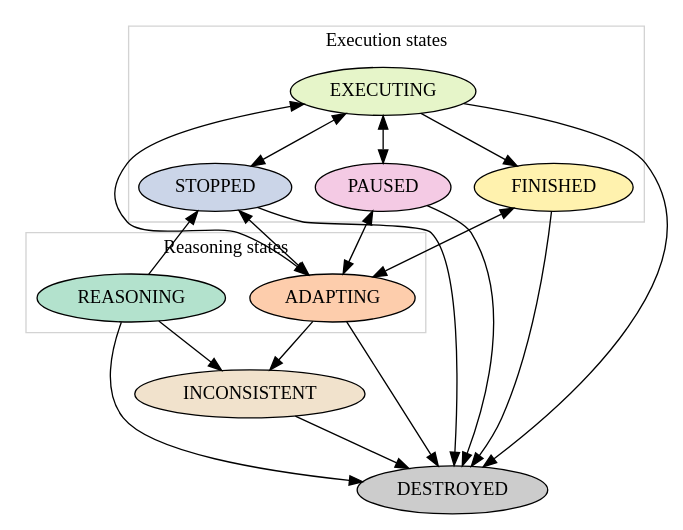
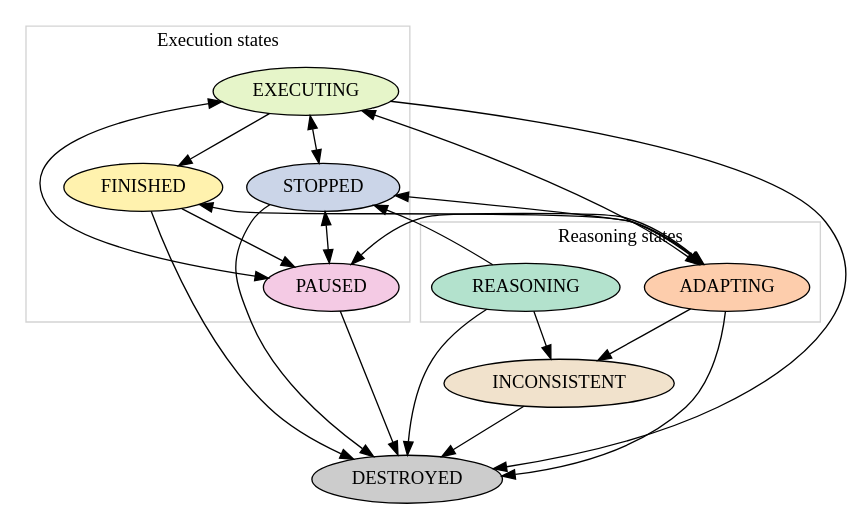
The diagram in msg/DeliberativeState.dot (ratioSolver/AerialS), drawn with Graphviz before and after one commit. The commit also changed 2 other files, not shown here.

```diff
--- a/msg/DeliberativeState.dot
+++ b/msg/DeliberativeState.dot
@@ -1,42 +1,44 @@
 digraph DeliberativeState {
 
 	layout = dot
     node [colorscheme=pastel28]
 
     subgraph cluster_reasoning {
 		color=lightgrey
         REASONING [style=filled, fillcolor=1]
         ADAPTING [style=filled, fillcolor=2]
         label = "Reasoning states"
     }
 
     subgraph cluster_execution {
 		color=lightgrey
         STOPPED [style=filled, fillcolor=3]
         PAUSED [style=filled, fillcolor=4]
         EXECUTING [style=filled, fillcolor=5]
         FINISHED [style=filled, fillcolor=6]
         label = "Execution states"
     }
 
     INCONSISTENT [style=filled, fillcolor=7]
     DESTROYED [style=filled, fillcolor=8]
 
     REASONING -> STOPPED
     REASONING -> INCONSISTENT
     REASONING -> DESTROYED
     ADAPTING -> INCONSISTENT
     ADAPTING -> DESTROYED
     STOPPED -> ADAPTING [dir=both]
     STOPPED -> DESTROYED
+    STOPPED -> PAUSED [dir=both]
     PAUSED -> ADAPTING [dir=both]
     PAUSED -> DESTROYED
     EXECUTING -> ADAPTING [dir=both]
     EXECUTING -> STOPPED [dir=both]
     EXECUTING -> PAUSED [dir=both]
     EXECUTING -> FINISHED
     EXECUTING -> DESTROYED
     FINISHED -> ADAPTING [dir=both]
+    FINISHED -> PAUSED
     FINISHED -> DESTROYED
     INCONSISTENT -> DESTROYED
 }
```
